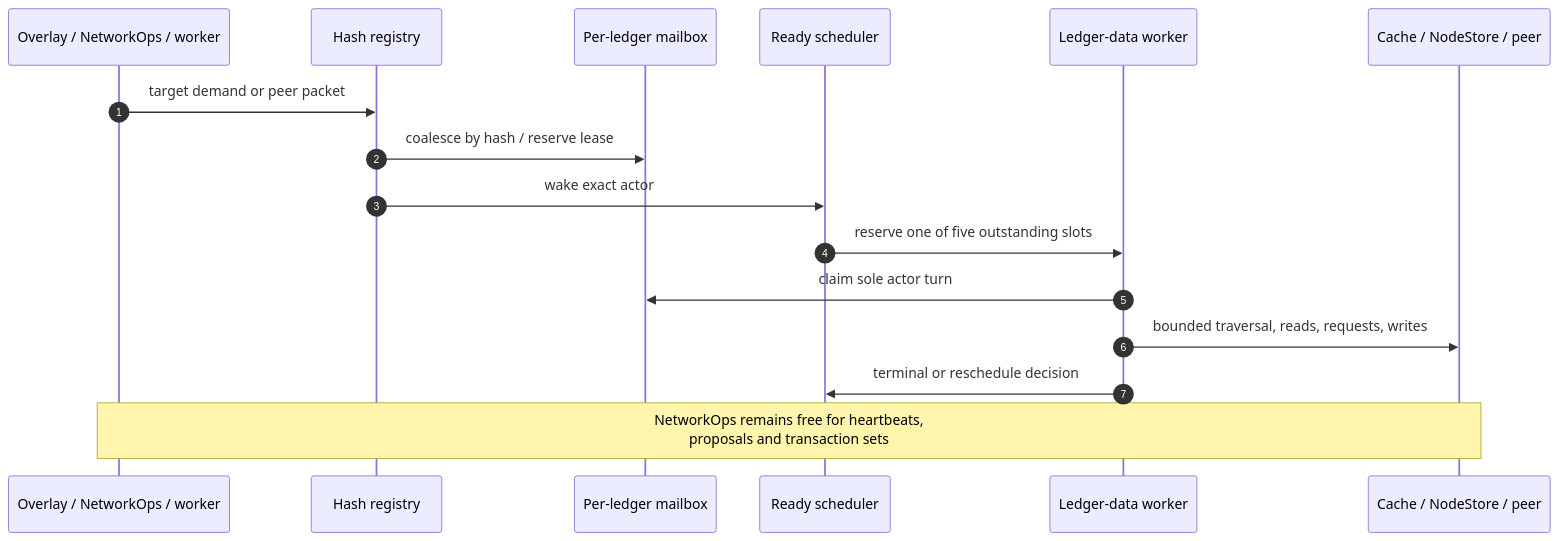
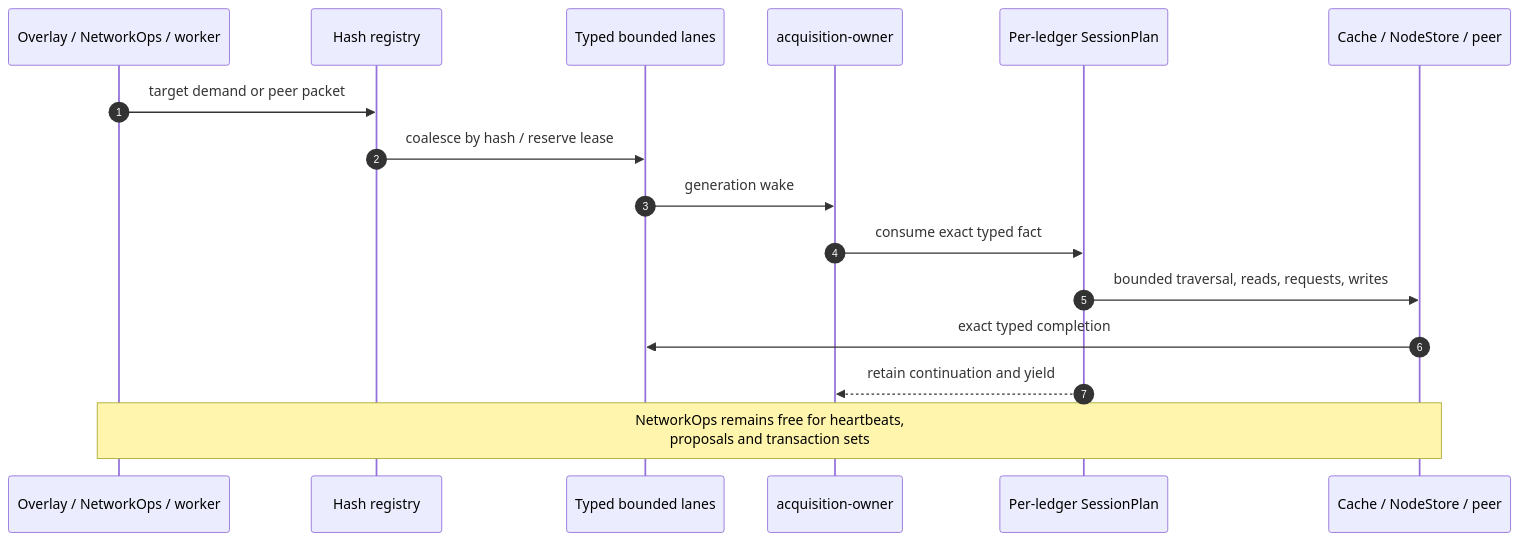
One commit to TusharPardhe/quaxar changed the second of 10 diagrams in docs/ACQUISITION.md. Above: the diagram before and after it, drawn with Mermaid. The commit also changed other lines of this file and 13 other files, not shown here.

````diff
--- a/docs/ACQUISITION.md
+++ b/docs/ACQUISITION.md
@@ -99,19 +100,19 @@
 ```mermaid
 sequenceDiagram
     autonumber
     participant Producer as Overlay / NetworkOps / worker
     participant Registry as Hash registry
-    participant Mailbox as Per-ledger mailbox
-    participant Scheduler as Ready scheduler
-    participant Worker as Ledger-data worker
+    participant Queue as Typed bounded lanes
+    participant Owner as acquisition-owner
+    participant Plan as Per-ledger SessionPlan
     participant Resource as Cache / NodeStore / peer
 
     Producer->>Registry: target demand or peer packet
-    Registry->>Mailbox: coalesce by hash / reserve lease
-    Registry->>Scheduler: wake exact actor
-    Scheduler->>Worker: reserve one of five outstanding slots
-    Worker->>Mailbox: claim sole actor turn
-    Worker->>Resource: bounded traversal, reads, requests, writes
-    Worker->>Scheduler: terminal or reschedule decision
+    Registry->>Queue: coalesce by hash / reserve lease
+    Queue->>Owner: generation wake
+    Owner->>Plan: consume exact typed fact
+    Plan->>Resource: bounded traversal, reads, requests, writes
+    Resource->>Queue: exact typed completion
+    Plan-->>Owner: retain continuation and yield
     Note over Producer,Resource: NetworkOps remains free for heartbeats,<br/>proposals and transaction sets
 ```
````
